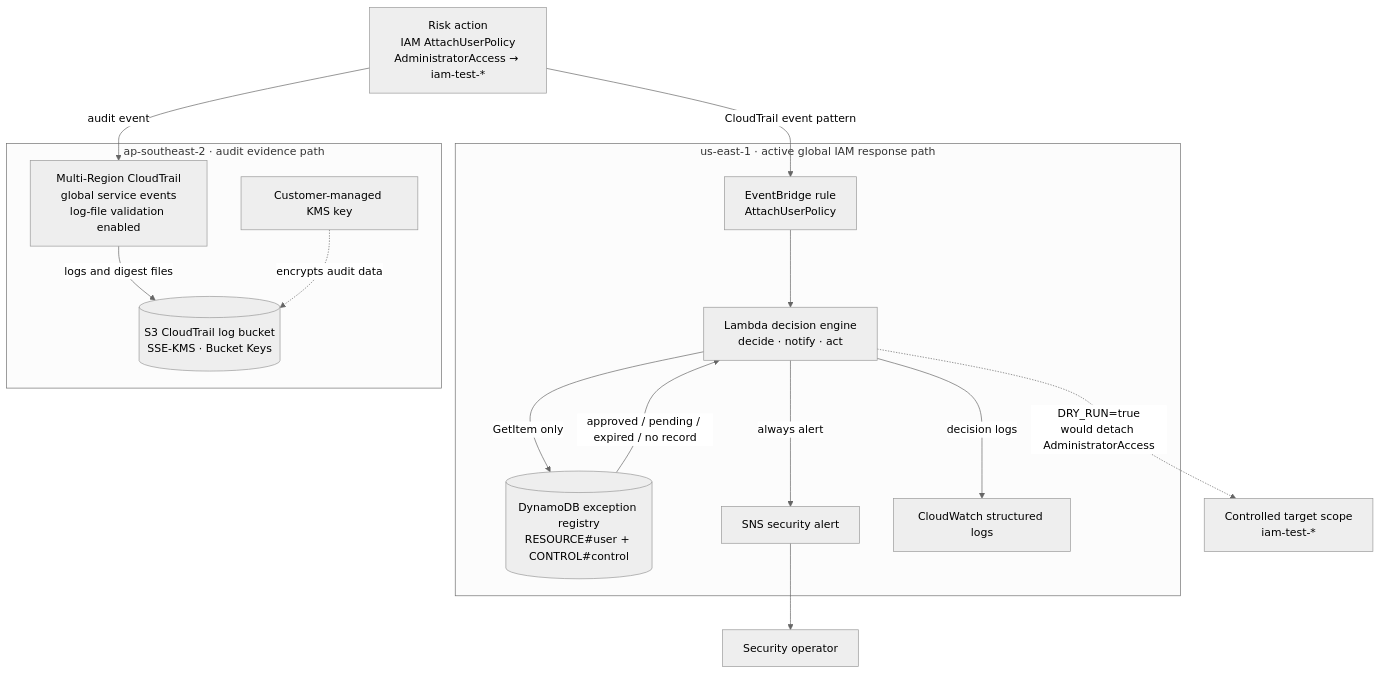
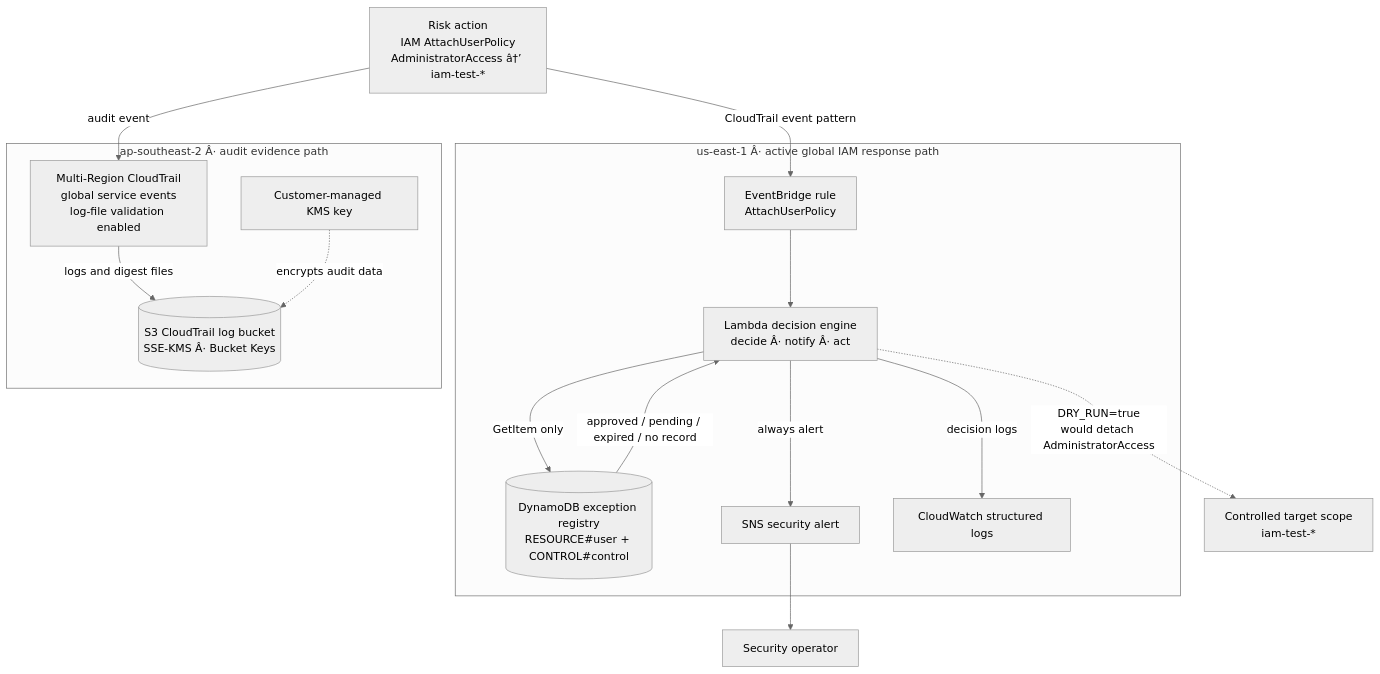
The diagram in README.md (Luekrit/Cloud-Security-Automation), drawn with Mermaid (neutral theme) before and after one commit. The commit also changed other lines of this file, not shown here.

First line of the commit message:
Fix historical validation evidence image links

````diff
--- a/README.md
+++ b/README.md
@@ -71,37 +71,37 @@
 ```mermaid
 flowchart TB
-    API["Risk action<br/>IAM AttachUserPolicy<br/>AdministratorAccess → iam-test-*"]
+    API["Risk action<br/>IAM AttachUserPolicy<br/>AdministratorAccess â†’ iam-test-*"]
 
-    subgraph USE1["us-east-1 · active global IAM response path"]
+    subgraph USE1["us-east-1 Â· active global IAM response path"]
         EB["EventBridge rule<br/>AttachUserPolicy"]
-        LAM["Lambda decision engine<br/>decide · notify · act"]
+        LAM["Lambda decision engine<br/>decide Â· notify Â· act"]
         DDB[("DynamoDB exception registry<br/>RESOURCE#user + CONTROL#control")]
         SNS["SNS security alert"]
         CW["CloudWatch structured logs"]
     end
 
-    subgraph APSE2["ap-southeast-2 · audit evidence path"]
+    subgraph APSE2["ap-southeast-2 Â· audit evidence path"]
         CT["Multi-Region CloudTrail<br/>global service events<br/>log-file validation enabled"]
-        S3[("S3 CloudTrail log bucket<br/>SSE-KMS · Bucket Keys")]
+        S3[("S3 CloudTrail log bucket<br/>SSE-KMS Â· Bucket Keys")]
         KMS["Customer-managed KMS key"]
     end
 
     TARGET["Controlled target scope<br/>iam-test-*"]
     OPS["Security operator"]
 
     API -->|"CloudTrail event pattern"| EB
     API -->|"audit event"| CT
     EB --> LAM
 
     LAM -->|"GetItem only"| DDB
     DDB -->|"approved / pending / expired / no record"| LAM
 
     LAM -->|"always alert"| SNS
     LAM -->|"decision logs"| CW
     SNS --> OPS
 
     LAM -.->|"DRY_RUN=true<br/>would detach AdministratorAccess"| TARGET
 
     CT -->|"logs and digest files"| S3
     KMS -.->|"encrypts audit data"| S3
 ```
````
